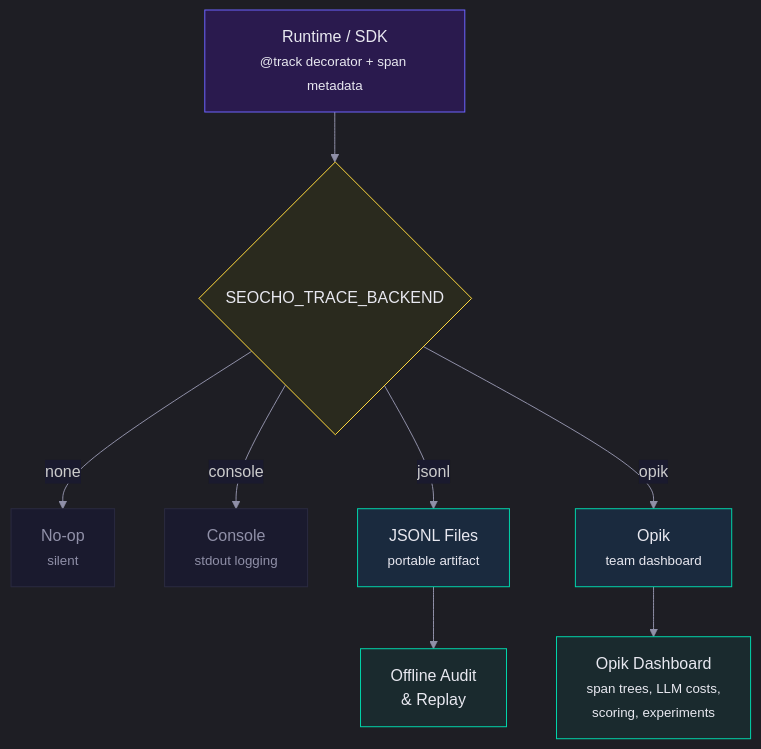
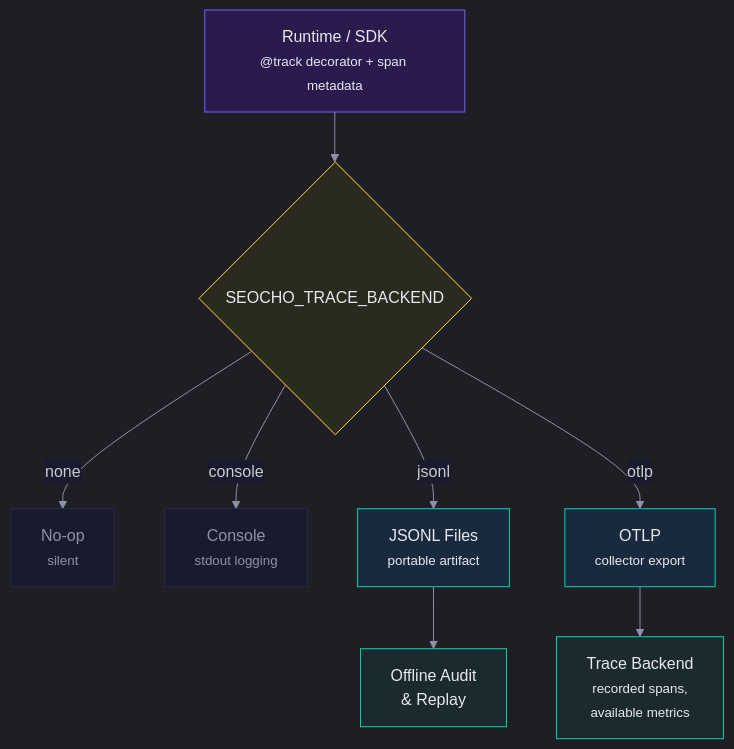
Before and after one commit to tteon/seocho: the diagram in docs/architecture-deck/diagrams/observability.mmd, drawn with Mermaid. The commit also changed 95 other files, not shown here.

First line of the commit message:
fix(experiments): reliable run evidence, local visualization and Opik cleanup (#678)

```diff
--- a/docs/architecture-deck/diagrams/observability.mmd
+++ b/docs/architecture-deck/diagrams/observability.mmd
@@ -1,22 +1,22 @@
 %%{init: {'theme': 'dark', 'themeVariables': {'primaryColor': '#6c63ff', 'primaryTextColor': '#e8e8f0', 'primaryBorderColor': '#6c63ff', 'lineColor': '#9090a8', 'secondaryColor': '#1a1a2e', 'tertiaryColor': '#12121a', 'background': '#0a0a0f', 'mainBkg': '#1a1a2e', 'nodeBorder': '#6c63ff', 'clusterBkg': '#12121a', 'clusterBorder': '#2a2a40', 'titleColor': '#e8e8f0', 'edgeLabelBackground': '#1a1a2e'}}}%%
 flowchart TD
     RT["Runtime / SDK<br/><small>@track decorator + span metadata</small>"]
 
     RT --> SWITCH{"SEOCHO_TRACE_BACKEND"}
 
     SWITCH -->|"none"| NONE["No-op<br/><small>silent</small>"]
     SWITCH -->|"console"| CON["Console<br/><small>stdout logging</small>"]
     SWITCH -->|"jsonl"| JSONL["JSONL Files<br/><small>portable artifact</small>"]
-    SWITCH -->|"opik"| OPIK["Opik<br/><small>team dashboard</small>"]
+    SWITCH -->|"otlp"| OTLP["OTLP<br/><small>collector export</small>"]
 
     JSONL --> AUDIT["Offline Audit<br/>&amp; Replay"]
-    OPIK --> DASH["Opik Dashboard<br/><small>span trees, LLM costs,<br/>scoring, experiments</small>"]
+    OTLP --> DASH["Trace Backend<br/><small>recorded spans,<br/>available metrics</small>"]
 
     style RT fill:#2a1a4e,stroke:#6c63ff,color:#e8e8f0
     style SWITCH fill:#2a2a1e,stroke:#ffd93d,color:#e8e8f0
     style NONE fill:#1a1a2e,stroke:#2a2a40,color:#9090a8
     style CON fill:#1a1a2e,stroke:#2a2a40,color:#9090a8
     style JSONL fill:#1a2a3e,stroke:#00d4aa,color:#e8e8f0
-    style OPIK fill:#1a2a3e,stroke:#00d4aa,color:#e8e8f0
+    style OTLP fill:#1a2a3e,stroke:#00d4aa,color:#e8e8f0
     style AUDIT fill:#1a2a2e,stroke:#00d4aa,color:#e8e8f0
     style DASH fill:#1a2a2e,stroke:#00d4aa,color:#e8e8f0
```
